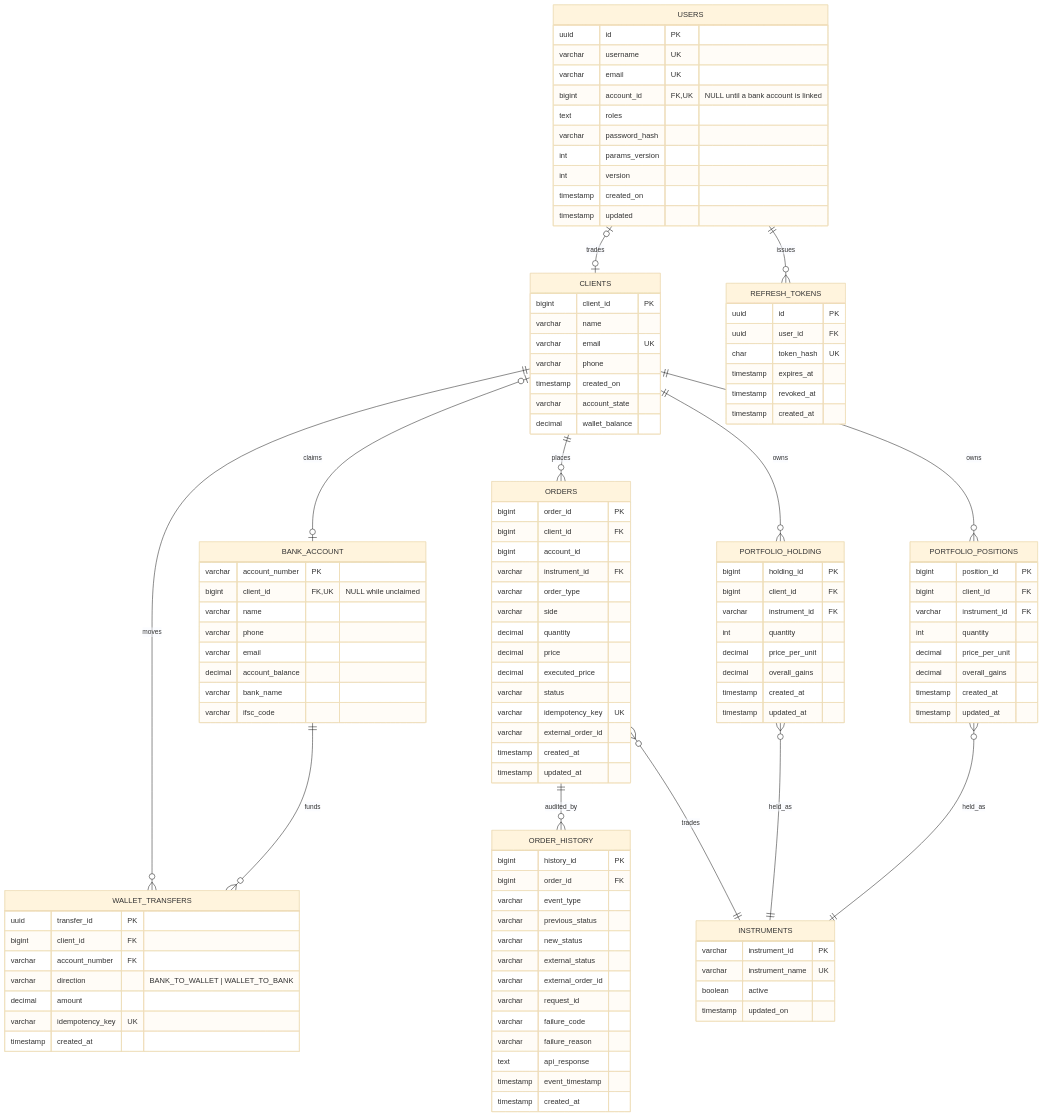
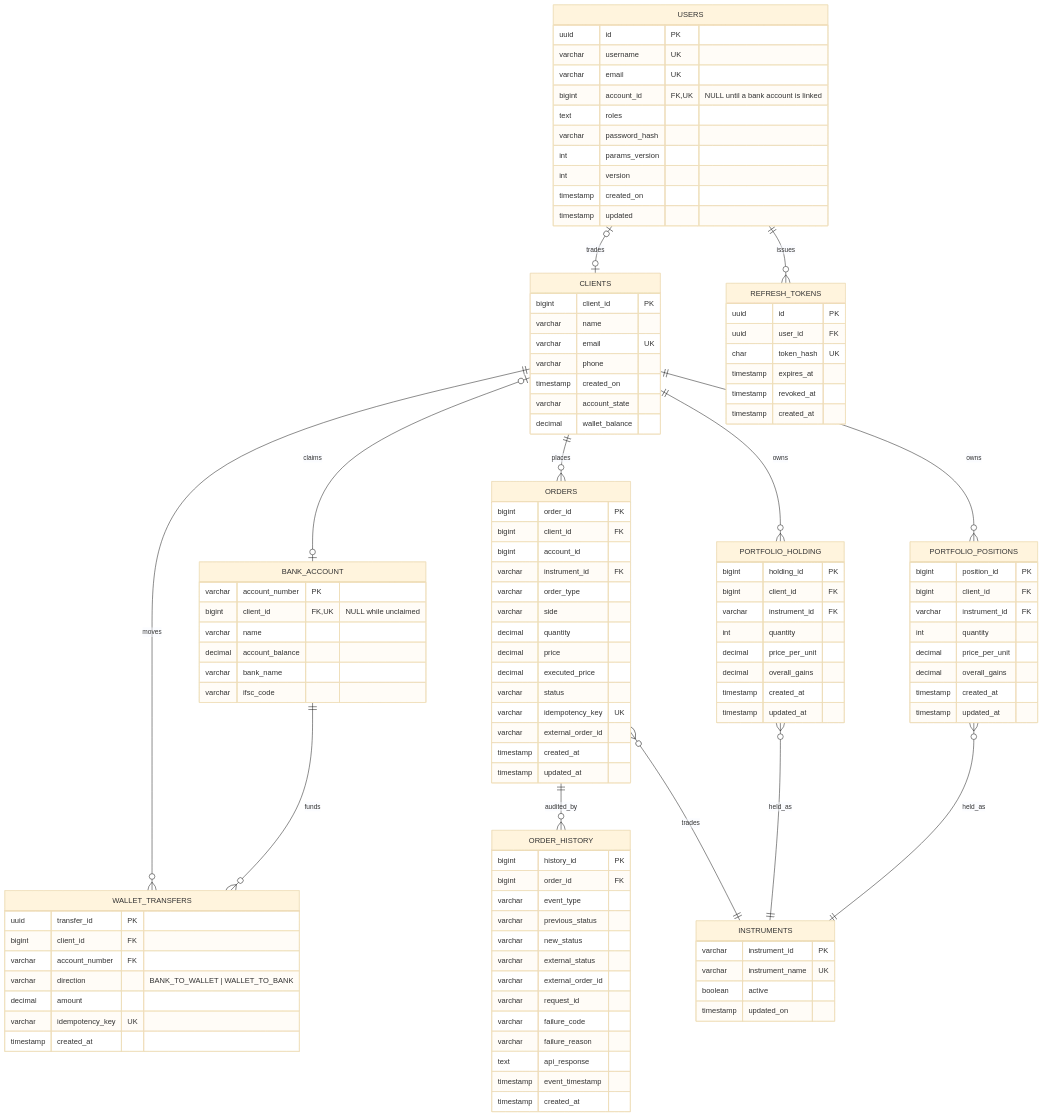
Before and after one commit to Neueda-Learning/Chennai-capstone-SE3-Team1: the diagram in docs/erd.mmd, drawn with Mermaid (base theme). The commit also changed 23 other files, not shown here.

```diff
--- a/docs/erd.mmd
+++ b/docs/erd.mmd
@@ -1,121 +1,119 @@
 erDiagram
     %% USERS and REFRESH_TOKENS live in the auth_db schema (018_users_to_auth_db_schema.sql);
     %% every other table here is in public.
     BANK_ACCOUNT {
         varchar   account_number  PK
         bigint    client_id       FK,UK "NULL while unclaimed"
         varchar   name
-        varchar   phone
-        varchar   email
         decimal   account_balance
         varchar   bank_name
         varchar   ifsc_code
     }
     CLIENTS {
         bigint    client_id       PK
         varchar   name
         varchar   email           UK
         varchar   phone
         timestamp created_on
         varchar   account_state
         decimal   wallet_balance
     }
     WALLET_TRANSFERS {
         uuid      transfer_id     PK
         bigint    client_id       FK
         varchar   account_number  FK
         varchar   direction       "BANK_TO_WALLET | WALLET_TO_BANK"
         decimal   amount
         varchar   idempotency_key UK
         timestamp created_at
     }
     USERS {
         uuid      id              PK
         varchar   username        UK
         varchar   email           UK
         bigint    account_id      FK,UK "NULL until a bank account is linked"
         text      roles
         varchar   password_hash
         int       params_version
         int       version
         timestamp created_on
         timestamp updated
     }
     REFRESH_TOKENS {
         uuid      id              PK
         uuid      user_id         FK
         char      token_hash      UK
         timestamp expires_at
         timestamp revoked_at
         timestamp created_at
     }
     INSTRUMENTS {
         varchar   instrument_id   PK
         varchar   instrument_name UK
         boolean   active
         timestamp updated_on
     }
     ORDERS {
         bigint    order_id          PK
         bigint    client_id         FK
         bigint    account_id
         varchar   instrument_id     FK
         varchar   order_type
         varchar   side
         decimal   quantity
         decimal   price
         decimal   executed_price
         varchar   status
         varchar   idempotency_key   UK
         varchar   external_order_id
         timestamp created_at
         timestamp updated_at
     }
     ORDER_HISTORY {
         bigint    history_id        PK
         bigint    order_id          FK
         varchar   event_type
         varchar   previous_status
         varchar   new_status
         varchar   external_status
         varchar   external_order_id
         varchar   request_id
         varchar   failure_code
         varchar   failure_reason
         text      api_response
         timestamp event_timestamp
         timestamp created_at
     }
     PORTFOLIO_HOLDING {
         bigint    holding_id      PK
         bigint    client_id       FK
         varchar   instrument_id   FK
         int       quantity
         decimal   price_per_unit
         decimal   overall_gains
         timestamp created_at
         timestamp updated_at
     }
     PORTFOLIO_POSITIONS {
         bigint    position_id     PK
         bigint    client_id       FK
         varchar   instrument_id   FK
         int       quantity
         decimal   price_per_unit
         decimal   overall_gains
         timestamp created_at
         timestamp updated_at
     }
 
     CLIENTS              |o--o| BANK_ACCOUNT        : claims
     USERS                |o--o| CLIENTS             : trades
     USERS                ||--o{ REFRESH_TOKENS      : issues
     CLIENTS              ||--o{ WALLET_TRANSFERS    : moves
     BANK_ACCOUNT         ||--o{ WALLET_TRANSFERS    : funds
     CLIENTS              ||--o{ ORDERS              : places
     ORDERS               ||--o{ ORDER_HISTORY       : audited_by
     ORDERS               }o--|| INSTRUMENTS         : trades
     CLIENTS              ||--o{ PORTFOLIO_HOLDING   : owns
     CLIENTS              ||--o{ PORTFOLIO_POSITIONS : owns
     PORTFOLIO_HOLDING    }o--|| INSTRUMENTS         : held_as
     PORTFOLIO_POSITIONS  }o--|| INSTRUMENTS         : held_as
```
